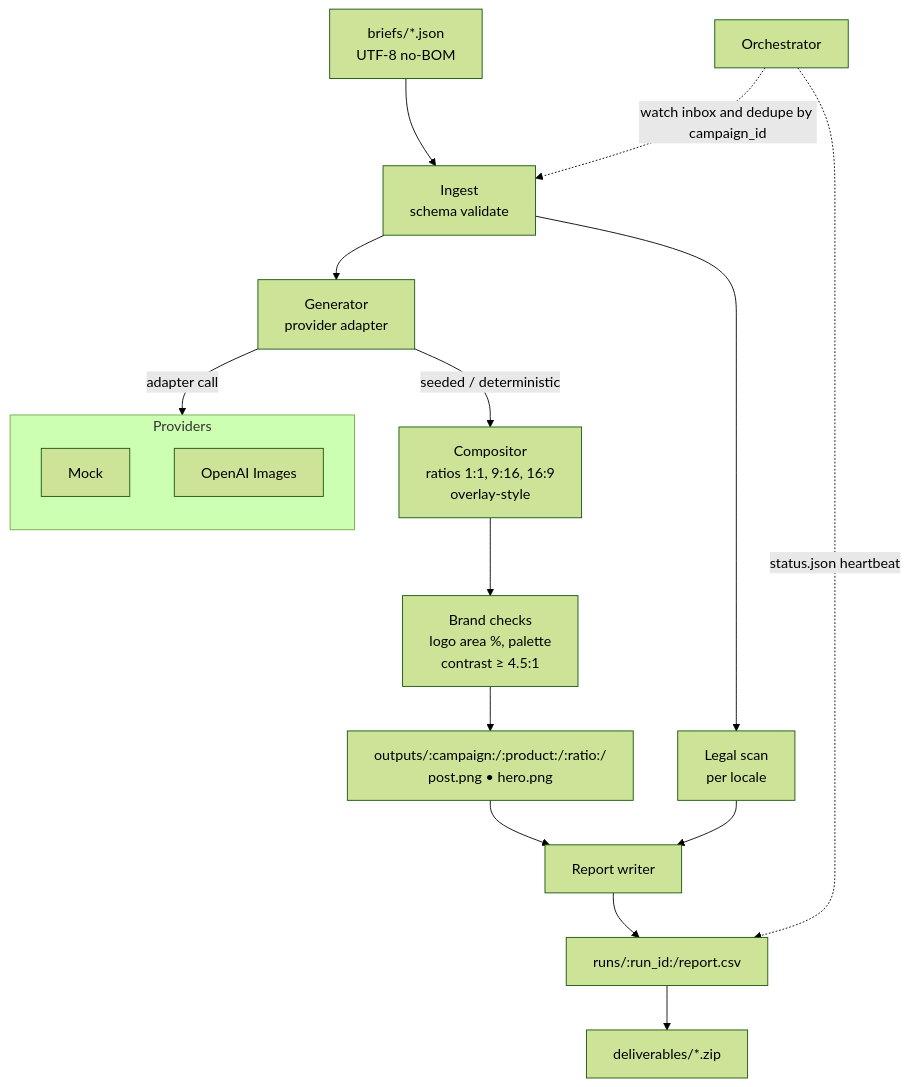
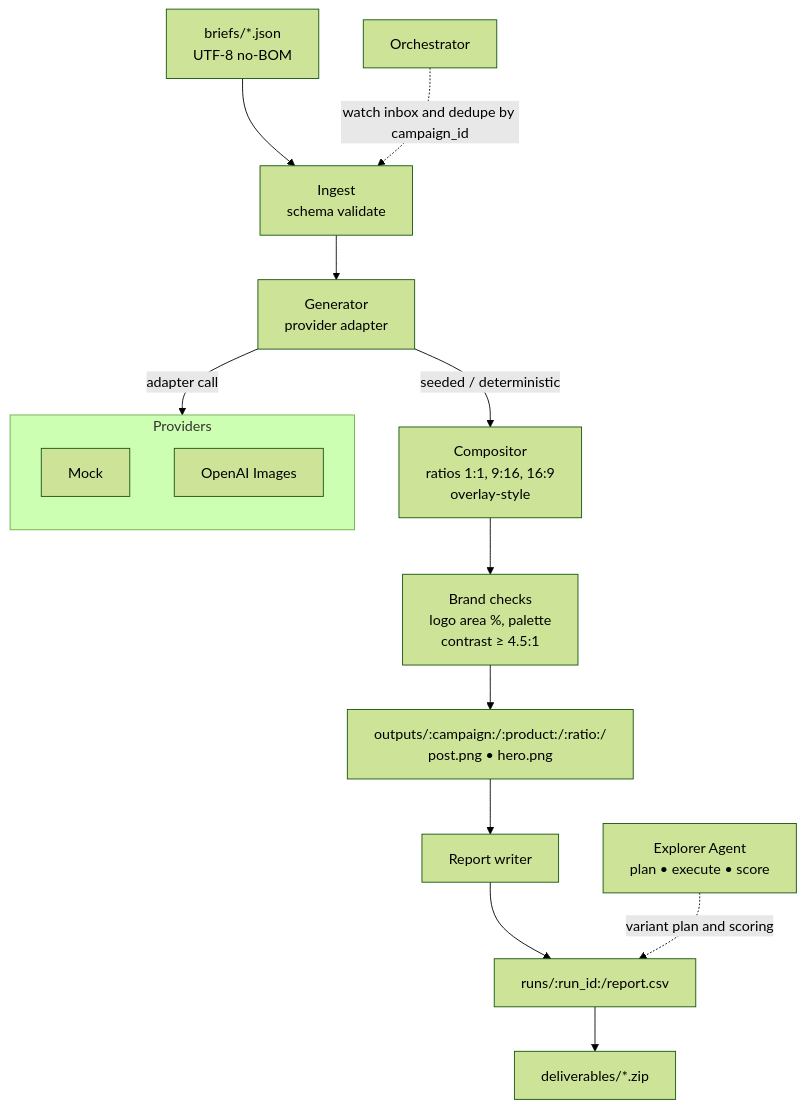
Before and after one commit to aurelius-in/Adobe: the diagram in README.md, drawn with Mermaid (forest theme). The commit also changed other lines of this file, not shown here.

````diff
--- a/README.md
+++ b/README.md
@@ -110,32 +153,28 @@
 ```mermaid
 flowchart TB
-  %% ------- Main flow (top -> bottom) -------
   Briefs[briefs/*.json<br/>UTF-8 no-BOM]
   Ingest[Ingest<br/>schema validate]
   Generator[Generator<br/>provider adapter]
   Compositor[Compositor<br/>ratios 1:1, 9:16, 16:9<br/>overlay-style]
   Compliance[Brand checks<br/>logo area %, palette<br/>contrast ≥ 4.5:1]
   Outputs[outputs/:campaign:/:product:/:ratio:/<br/>post.png • hero.png]
   Report[Report writer]
   Runs[runs/:run_id:/report.csv]
   Deliverables[deliverables/*.zip]
 
   Briefs --> Ingest --> Generator -->|seeded / deterministic| Compositor --> Compliance --> Outputs --> Report --> Runs --> Deliverables
 
-  %% ------- Side branches -------
-  Legal[Legal scan<br/>per locale]
-  Ingest --> Legal --> Report
-
-  %% ------- Providers (stacked) -------
+  %% Providers
   subgraph Providers
     direction TB
     Mock[Mock]
     OpenAI[OpenAI Images]
   end
   Generator -->|adapter call| Providers
 
-  %% ------- Orchestrator control (dashed) -------
+  %% Orchestrator and Explorer
   Orchestrator[Orchestrator]
+  Explorer[Explorer Agent<br/>plan • execute • score]
   Orchestrator -.->|watch inbox and dedupe by campaign_id| Ingest
-  Orchestrator -.->|status.json heartbeat| Runs
+  Explorer -.->|variant plan and scoring| Runs
 ```
````
